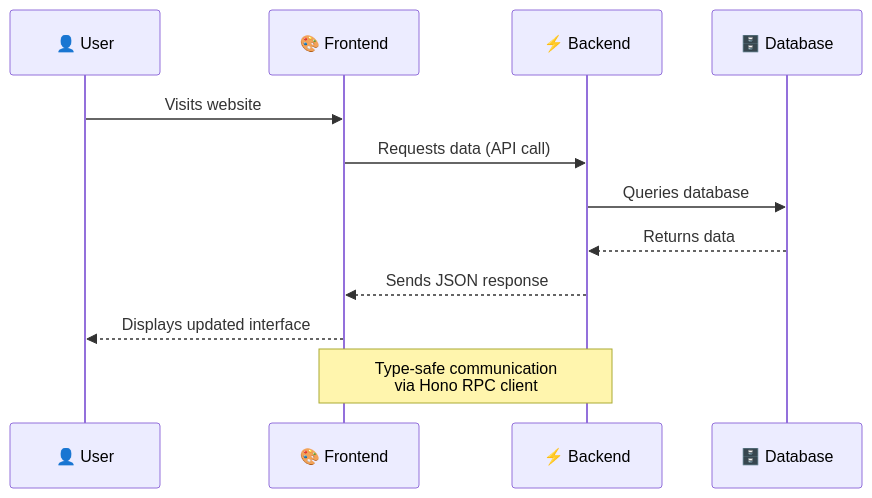
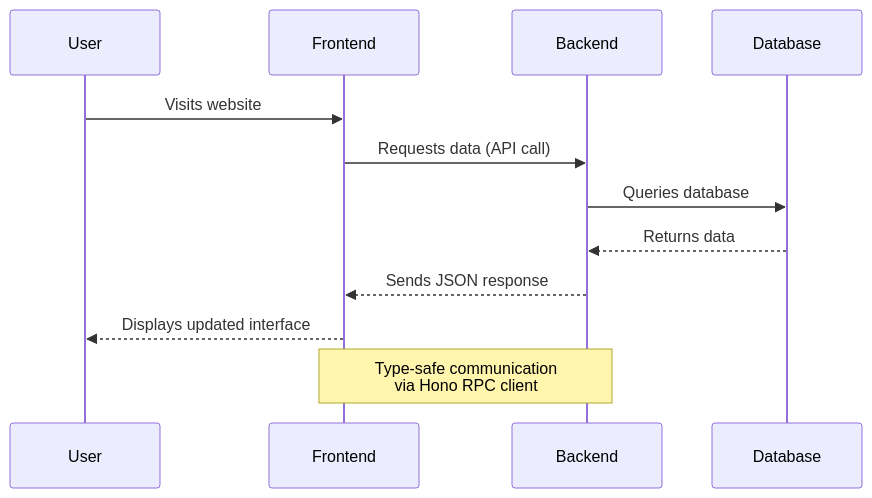
The second of 4 diagrams in doc/architecture-overview.md (IsaiaScope/monorepoonfire), drawn with Mermaid before and after one commit. The commit also changed other lines of this file and 13 other files, not shown here.

````diff
--- a/doc/architecture-overview.md
+++ b/doc/architecture-overview.md
@@ -105,16 +98,16 @@
 ```mermaid
 sequenceDiagram
-    participant U as 👤 User
-    participant F as 🎨 Frontend
-    participant B as ⚡ Backend
-    participant D as 🗄️ Database
+    participant U as User
+    participant F as Frontend
+    participant B as Backend
+    participant D as Database
 
     U->>F: Visits website
     F->>B: Requests data (API call)
     B->>D: Queries database
     D-->>B: Returns data
     B-->>F: Sends JSON response
     F-->>U: Displays updated interface
 
     Note over F,B: Type-safe communication<br/>via Hono RPC client
 ```
````
